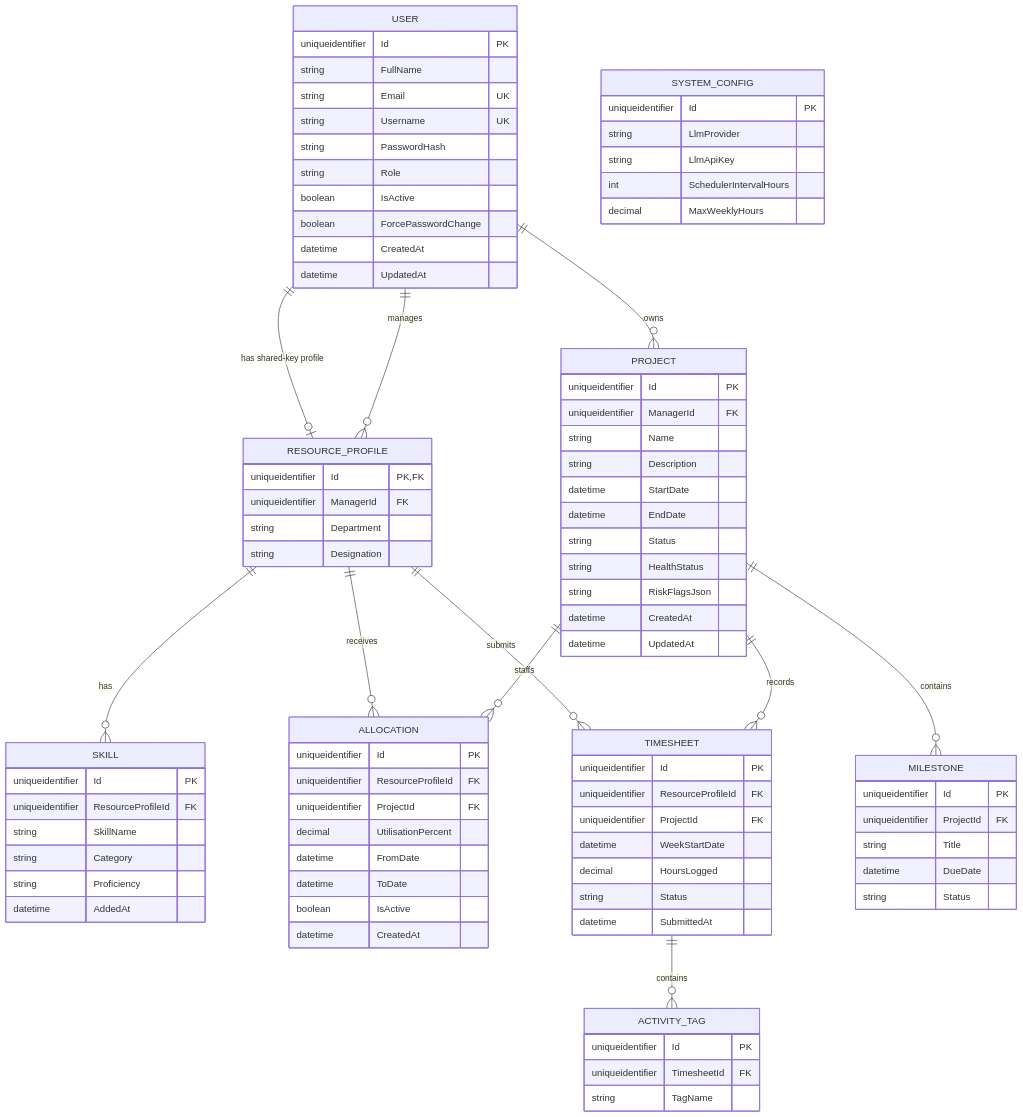
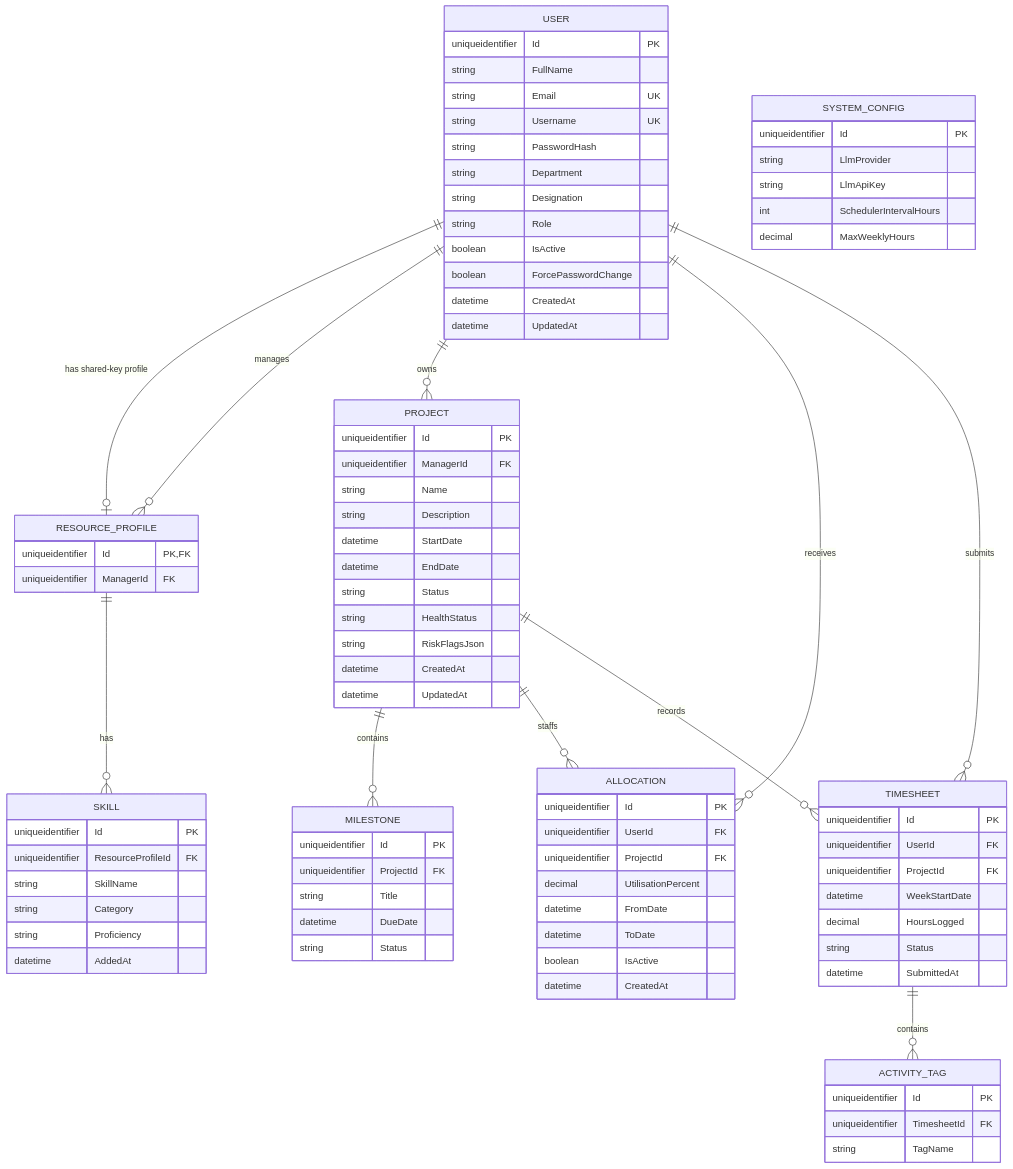
One commit to AayushGargITT/AayushGarg-LearnCode-2025-26 changed diagram 17 of 17 in ResourceMindAi/readme.md. Above: the diagram before and after it, drawn with Mermaid. The commit also changed other lines of this file and 47 other files, not shown here.

First line of the commit message:
refactor(domain): rename Employee to ResourceProfile and simplify entity model

```diff
--- a/ResourceMindAi/readme.md
+++ b/ResourceMindAi/readme.md
@@ -775,9 +771,9 @@
     USER ||--o| RESOURCE_PROFILE : "has shared-key profile"
     USER ||--o{ RESOURCE_PROFILE : "manages"
     USER ||--o{ PROJECT : "owns"
+    USER ||--o{ ALLOCATION : "receives"
+    USER ||--o{ TIMESHEET : "submits"
     RESOURCE_PROFILE ||--o{ SKILL : "has"
-    RESOURCE_PROFILE ||--o{ ALLOCATION : "receives"
-    RESOURCE_PROFILE ||--o{ TIMESHEET : "submits"
     PROJECT ||--o{ MILESTONE : "contains"
     PROJECT ||--o{ ALLOCATION : "staffs"
     PROJECT ||--o{ TIMESHEET : "records"
@@ -789,6 +785,8 @@
         string Email UK
         string Username UK
         string PasswordHash
+        string Department
+        string Designation
         string Role
         boolean IsActive
         boolean ForcePasswordChange
@@ -799,8 +797,6 @@
     RESOURCE_PROFILE {
         uniqueidentifier Id PK, FK
         uniqueidentifier ManagerId FK
-        string Department
-        string Designation
     }
 
     SKILL {
@@ -836,7 +832,7 @@
 
     ALLOCATION {
         uniqueidentifier Id PK
-        uniqueidentifier ResourceProfileId FK
+        uniqueidentifier UserId FK
         uniqueidentifier ProjectId FK
         decimal UtilisationPercent
         datetime FromDate
@@ -847,7 +843,7 @@
 
     TIMESHEET {
         uniqueidentifier Id PK
-        uniqueidentifier ResourceProfileId FK
+        uniqueidentifier UserId FK
         uniqueidentifier ProjectId FK
         datetime WeekStartDate
         decimal HoursLogged
```
